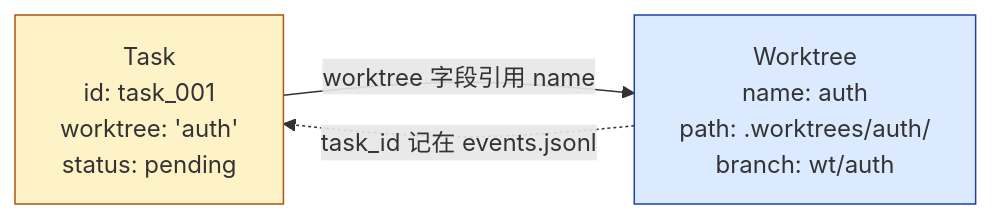
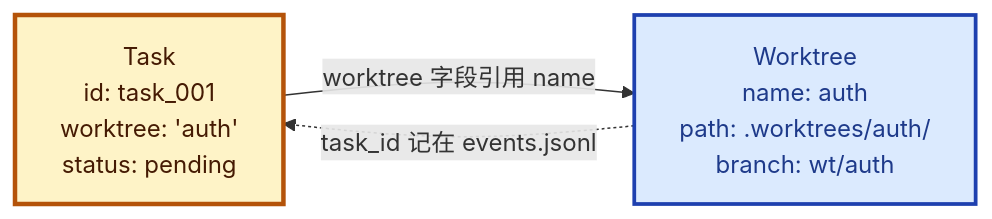
Before and after one commit to PyrePuin/From-Zero-LLM-Agent-Infra-Notes: the second of 4 diagrams in Agent/Harness/Claude Code/Phase 5 - 多智能体/18 - Worktree Isolation.md, drawn with Mermaid. The commit also changed other lines of this file and 23 other files, not shown here.

First line of the commit message:
refactor(mermaid): 统一所有图的视觉规范

````diff
--- a/Agent/Harness/Claude Code/Phase 5 - 多智能体/18 - Worktree Isolation.md
+++ b/Agent/Harness/Claude Code/Phase 5 - 多智能体/18 - Worktree Isolation.md
@@ -200,11 +201,12 @@
 ```mermaid
+%%{init: {'themeVariables': {'fontSize': '16px', 'fontFamily': 'ui-sans-serif, system-ui, -apple-system, "Segoe UI", Roboto, sans-serif'}}}%%
 flowchart LR
     T["Task<br/>id: task_001<br/>worktree: 'auth'<br/>status: pending"]
     W["Worktree<br/>name: auth<br/>path: .worktrees/auth/<br/>branch: wt/auth"]
 
     T -->|"worktree 字段引用 name"| W
     W -.->|"task_id 记在 events.jsonl"| T
 
-    style T fill:#fef3c7,stroke:#b45309
-    style W fill:#dbeafe,stroke:#1e40af
+    style T fill:#fef3c7,stroke:#b45309,stroke-width:3px,color:#451a03
+    style W fill:#dbeafe,stroke:#1e40af,stroke-width:2.5px,color:#1e3a8a
 ```
````
